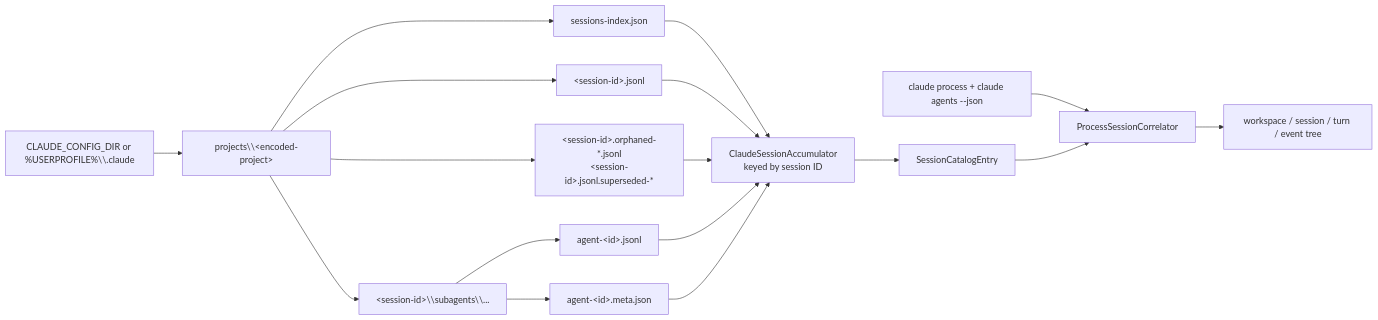
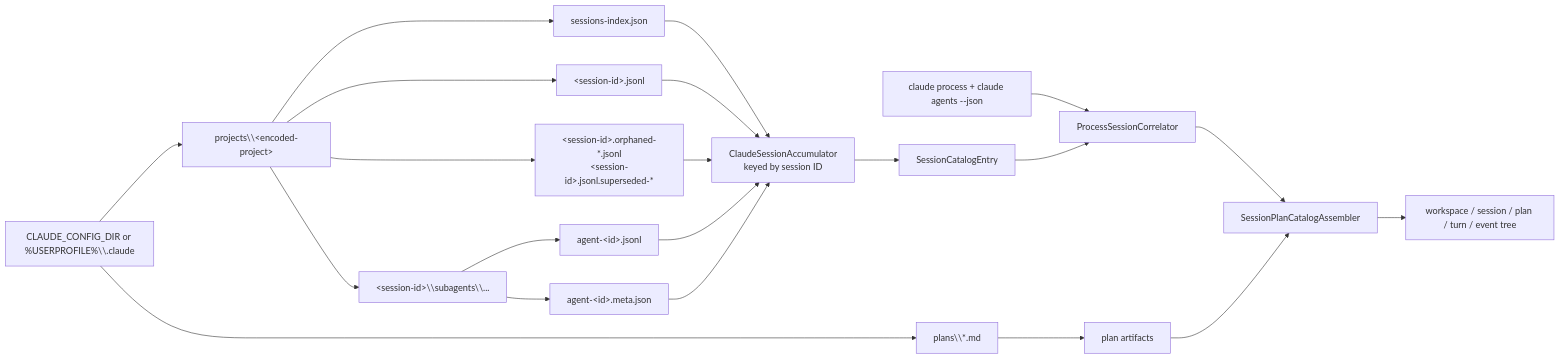
Before and after one commit to chrisnas/HarnessSpy: the first of 4 diagrams in docs/session_claude.md, drawn with Mermaid. The commit also changed other lines of this file and 5 other files, not shown here.

````diff
--- a/docs/session_claude.md
+++ b/docs/session_claude.md
@@ -27,20 +28,24 @@
 ```mermaid
 flowchart LR
     Config["CLAUDE_CONFIG_DIR or %USERPROFILE%\\.claude"] --> Projects["projects\\&lt;encoded-project&gt;"]
+    Config --> Plans["plans\\*.md"]
     Projects --> Index["sessions-index.json"]
     Projects --> Main["&lt;session-id&gt;.jsonl"]
     Projects --> Recovery["&lt;session-id&gt;.orphaned-*.jsonl<br/>&lt;session-id&gt;.jsonl.superseded-*"]
     Projects --> SessionDir["&lt;session-id&gt;\\subagents\\..."]
     SessionDir --> AgentLog["agent-&lt;id&gt;.jsonl"]
     SessionDir --> AgentMeta["agent-&lt;id&gt;.meta.json"]
 
     Index --> Accumulator["ClaudeSessionAccumulator<br/>keyed by session ID"]
     Main --> Accumulator
     Recovery --> Accumulator
     AgentLog --> Accumulator
     AgentMeta --> Accumulator
+    Plans --> PlanFragment["plan artifacts"]
     Process["claude process + claude agents --json"] --> Correlator["ProcessSessionCorrelator"]
     Accumulator --> Entry["SessionCatalogEntry"]
     Entry --> Correlator
-    Correlator --> Tree["workspace / session / turn / event tree"]
+    Correlator --> PlanAssembler["SessionPlanCatalogAssembler"]
+    PlanFragment --> PlanAssembler
+    PlanAssembler --> Tree["workspace / session / plan / turn / event tree"]
 ```
````
